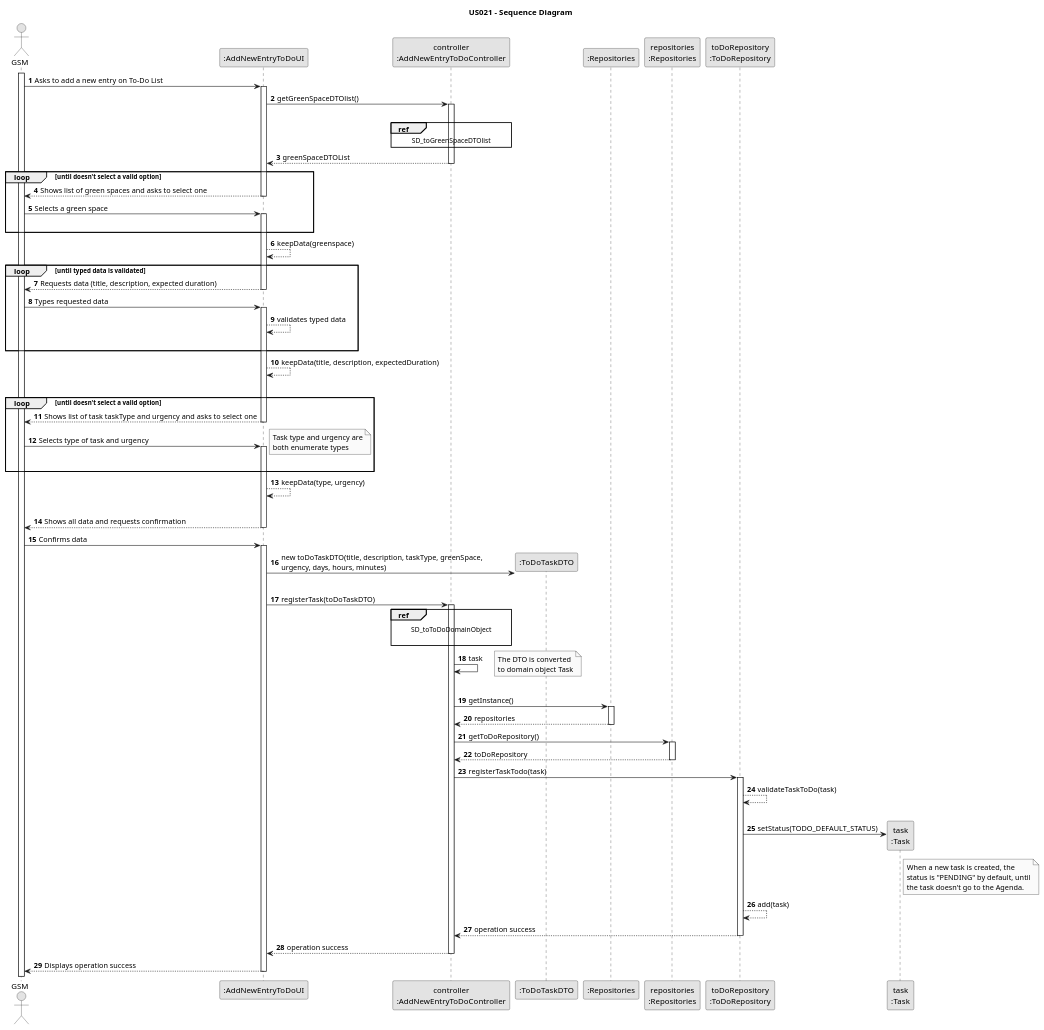
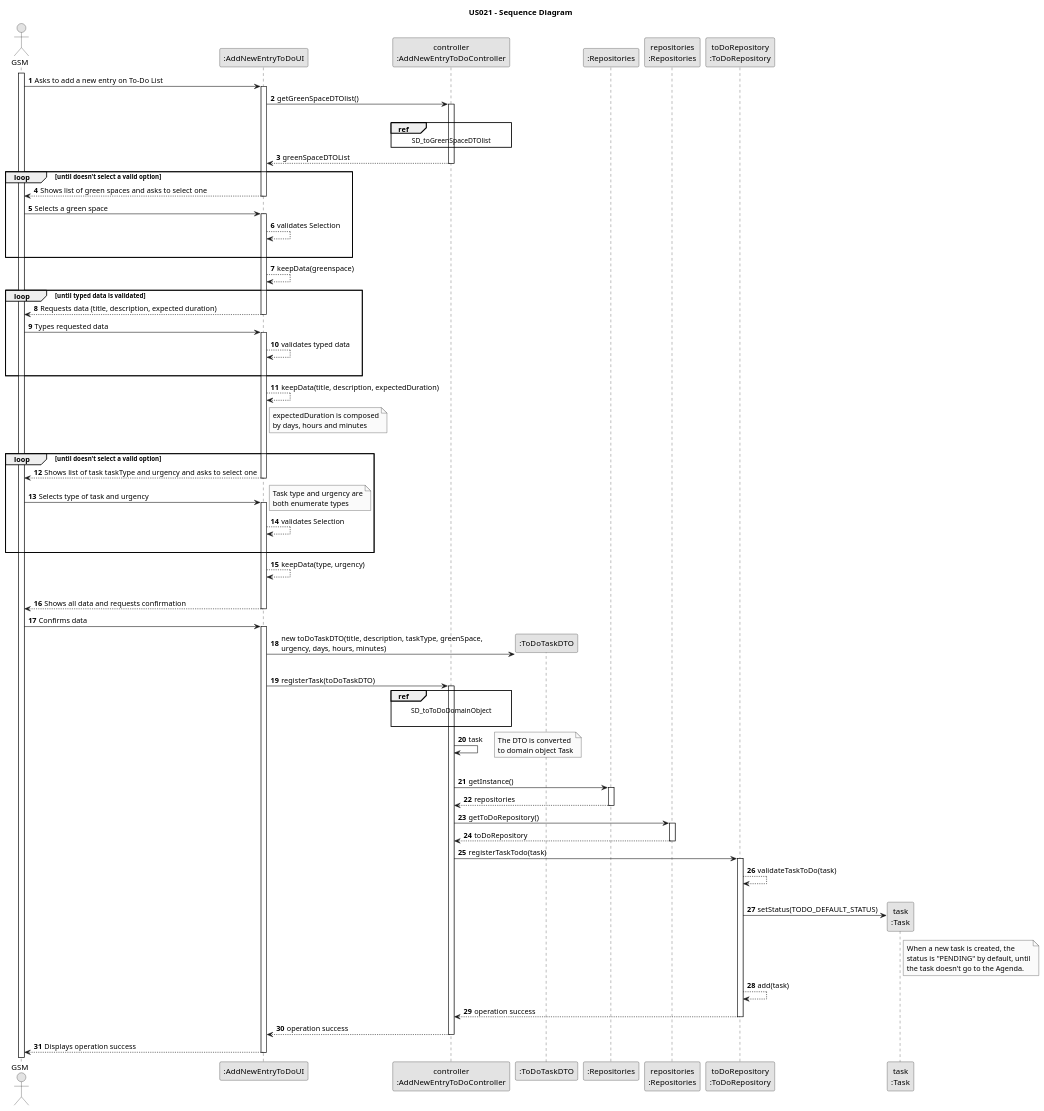
One commit to Rui-San/LAPR2_2023_2024 changed the diagram in docs/sprintC/us021/03.design/puml/us021-sequence-diagram.puml. Above: the diagram before and after it, drawn with PlantUML. The commit also changed 12 other files, not shown here.

Commit message:
US21: Updated Class diagram with mappers and DTOs and some classes. Connections are not correct yet

```diff
--- a/docs/sprintC/us021/03.design/puml/us021-sequence-diagram.puml
+++ b/docs/sprintC/us021/03.design/puml/us021-sequence-diagram.puml
@@ -1,145 +1,151 @@
 @startuml
 skinparam monochrome true
 skinparam packageStyle rectangle
 skinparam shadowing false
 
 title US021 - Sequence Diagram
 
 autonumber
 
 actor "GSM" as GSM
 participant ":AddNewEntryToDoUI" as UI
 participant "controller\n:AddNewEntryToDoController" as CTRL
 participant ":ToDoTaskDTO" as ToDoTaskDTO
 participant ":Repositories" as REPO
 participant "repositories\n:Repositories" as REPOInstance
 participant "toDoRepository\n:ToDoRepository" as Todo
 participant "task\n:Task" as TaskSet
 
 
 
 activate GSM
 
     GSM -> UI : Asks to add a new entry on To-Do List
     activate UI
 
     UI -> CTRL : getGreenSpaceDTOlist()
     activate CTRL
 |||
         ref over CTRL
         SD_toGreenSpaceDTOlist
         end ref
 
 CTRL --> UI : greenSpaceDTOList
     deactivate CTRL
 
 
     loop until doesn't select a valid option
                     UI --> GSM : Shows list of green spaces and asks to select one
                 deactivate UI
 
                 GSM -> UI : Selects a green space
 
                 activate UI
+                 UI --> UI: validates Selection
                 |||
                 end
 
             UI --> UI : keepData(greenspace)
 
 
     loop until typed data is validated
 
         UI --> GSM : Requests data (title, description, expected duration)
     deactivate UI
 
     GSM -> UI : Types requested data
 
     activate UI
 
     UI --> UI : validates typed data
     |||
 
     end
 
         UI --> UI : keepData(title, description, expectedDuration)
+        note right of UI
+                    expectedDuration is composed
+                    by days, hours and minutes
+                    end note
         |||
 
     loop until doesn't select a valid option
                         UI --> GSM : Shows list of task taskType and urgency and asks to select one
                     deactivate UI
 
                     GSM -> UI : Selects type of task and urgency
                     note right
                     Task type and urgency are
                     both enumerate types
                     end note
                     activate UI
+                     UI --> UI: validates Selection
                     |||
                     end
 
                 UI --> UI : keepData(type, urgency)
 
 
         |||
 
 
 
 
 
                 UI --> GSM : Shows all data and requests confirmation
 deactivate UI
     GSM -> UI : Confirms data
 
     activate UI
 
     UI -> ToDoTaskDTO** : new toDoTaskDTO(title, description, taskType, greenSpace,\nurgency, days, hours, minutes)
     |||
     UI -> CTRL : registerTask(toDoTaskDTO)
     activate CTRL
 
             ref over CTRL
             |||
             SD_toToDoDomainObject
 
             end ref
             CTRL -> CTRL : task
             note right
             The DTO is converted
             to domain object Task
             end note
             |||
             CTRL -> REPO : getInstance()
                     activate REPO
 
                         REPO --> CTRL : repositories
                     deactivate REPO
                     CTRL -> REPOInstance: getToDoRepository()
 
                     activate REPOInstance
 
                         REPOInstance --> CTRL : toDoRepository
                     deactivate REPOInstance
 
                     CTRL -> Todo : registerTaskTodo(task)
 
                     activate Todo
 
                     Todo --> Todo : validateTaskToDo(task)
                     |||
                     Todo -> TaskSet** : setStatus(TODO_DEFAULT_STATUS)
                     note right of TaskSet
                     When a new task is created, the
                     status is "PENDING" by default, until
                     the task doesn't go to the Agenda.
                     end note
                     Todo --> Todo : add(task)
 
                     Todo --> CTRL : operation success
                     deactivate Todo
 
             CTRL --> UI : operation success
             deactivate CTRL
         UI --> GSM : Displays operation success
     deactivate UI
 
 @enduml
```
